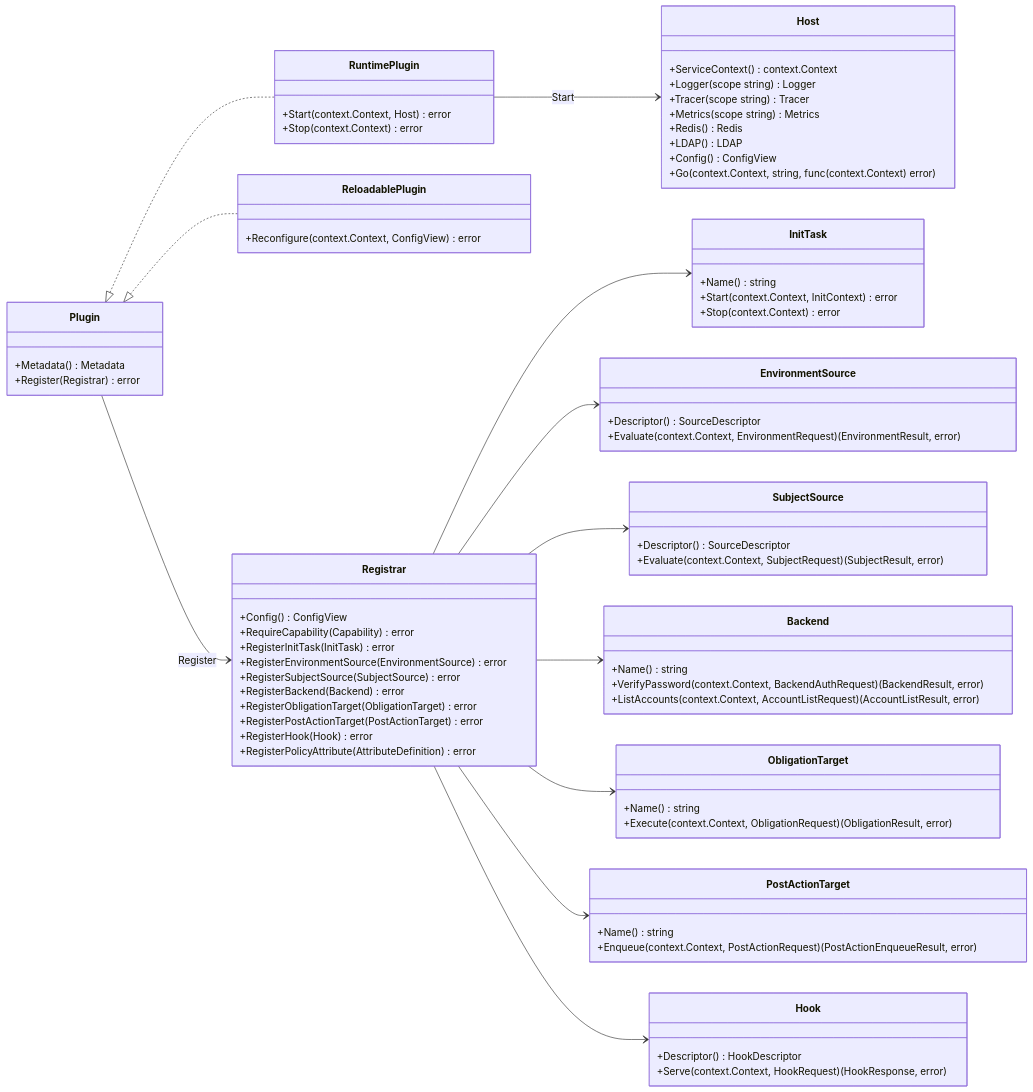
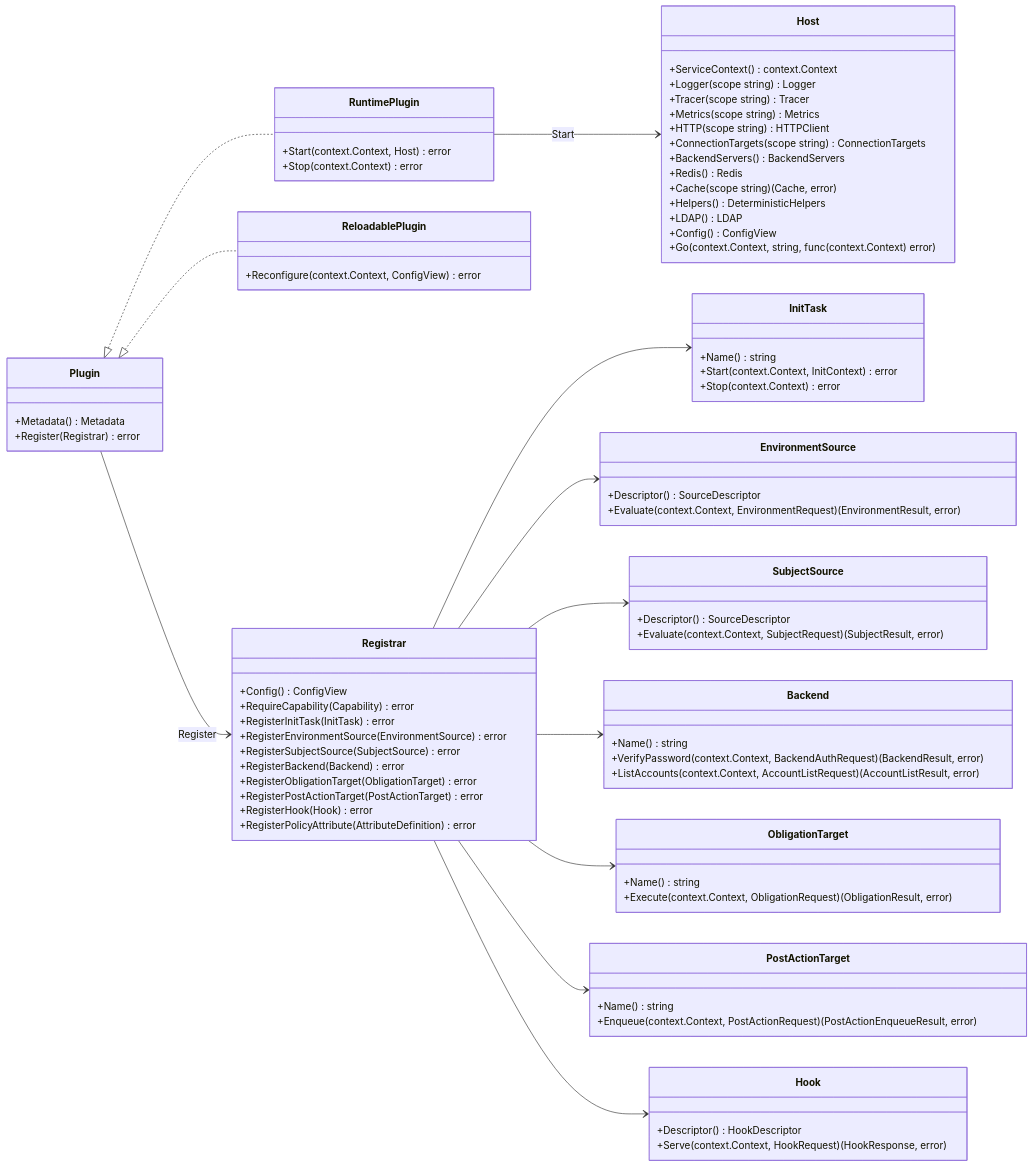
Before and after one commit to croessner/nauthilus: the first of 3 diagrams in server/docs/go_plugin_developer_api.md, drawn with Mermaid. The commit also changed other lines of this file and 64 other files, not shown here.

```diff
--- a/server/docs/go_plugin_developer_api.md
+++ b/server/docs/go_plugin_developer_api.md
@@ -59,7 +59,12 @@
         +Logger(scope string) Logger
         +Tracer(scope string) Tracer
         +Metrics(scope string) Metrics
+        +HTTP(scope string) HTTPClient
+        +ConnectionTargets(scope string) ConnectionTargets
+        +BackendServers() BackendServers
         +Redis() Redis
+        +Cache(scope string) (Cache, error)
+        +Helpers() DeterministicHelpers
         +LDAP() LDAP
         +Config() ConfigView
         +Go(context.Context, string, func(context.Context) error)
```
